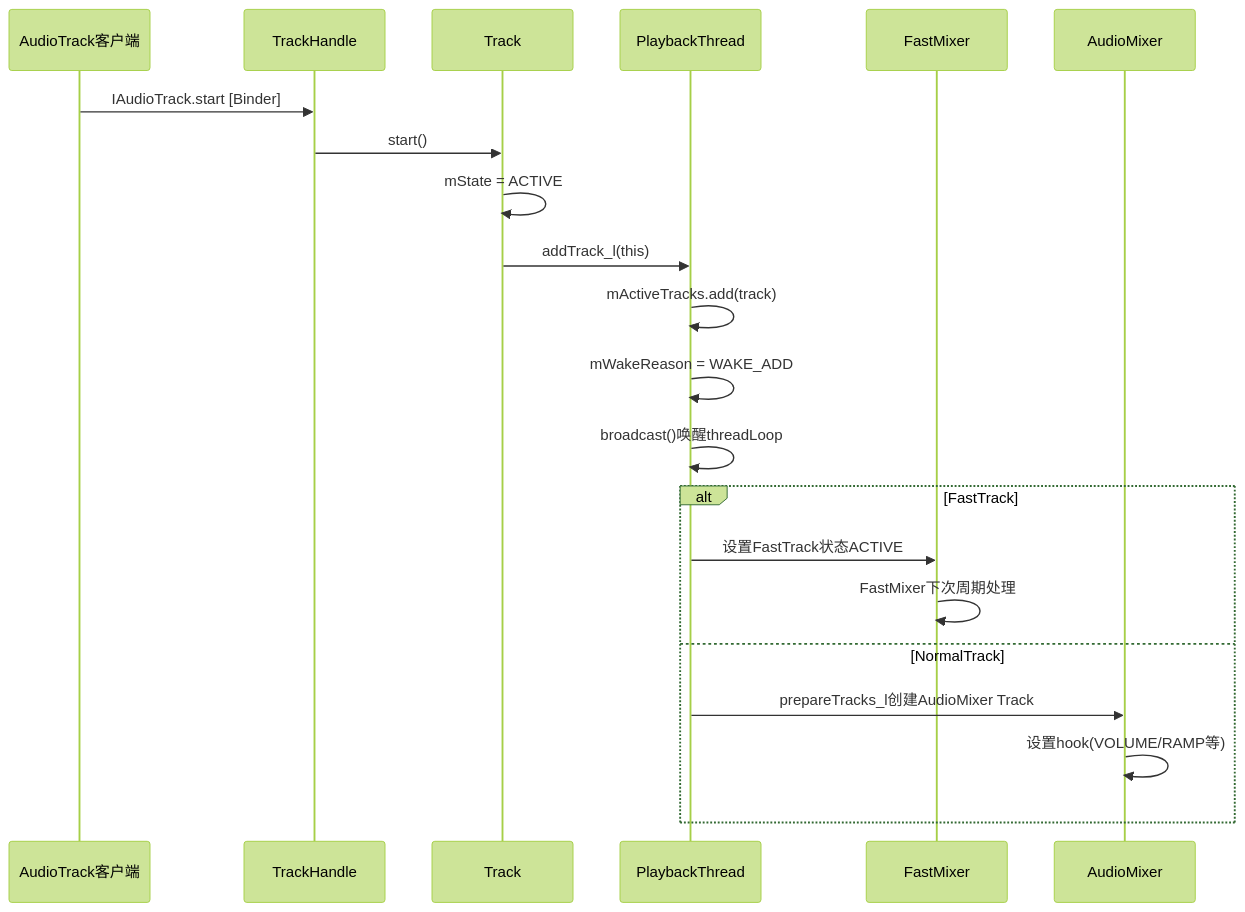
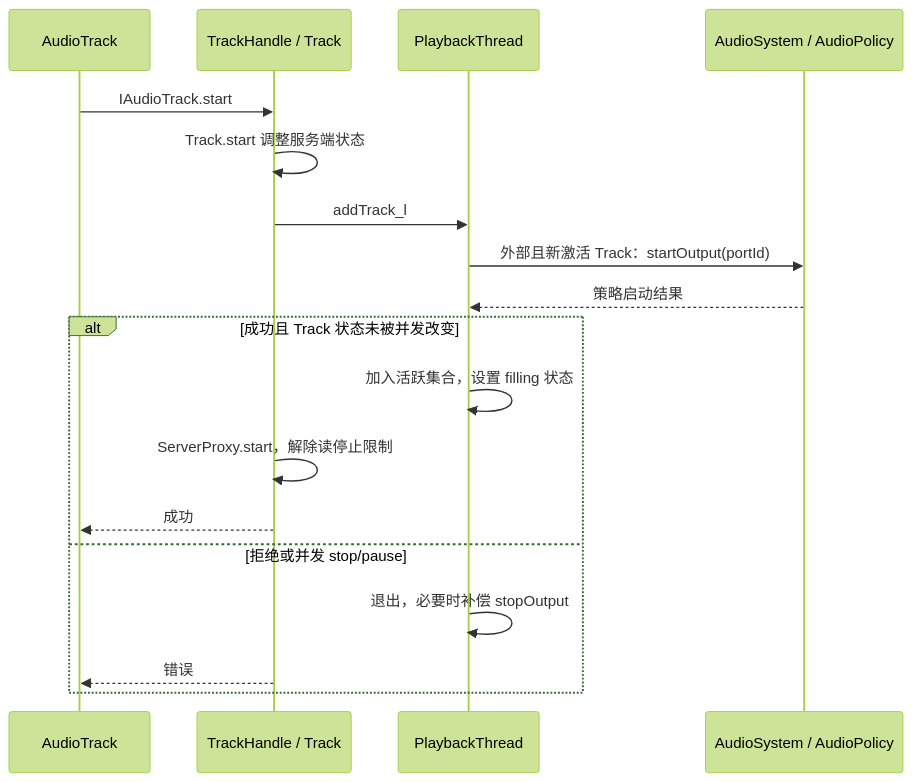
One commit to yanglinzhen1022/SA8295_AAOS_QNX_Audio_KnowledgeBase changed the second of 3 diagrams in 05_AudioFlinger/05_5.9_音乐播放全栈调用链.md. Above: the diagram before and after it, drawn with Mermaid (forest theme). The commit also changed other lines of this file and 11 other files, not shown here.

````diff
--- a/05_AudioFlinger/05_5.9_音乐播放全栈调用链.md
+++ b/05_AudioFlinger/05_5.9_音乐播放全栈调用链.md
@@ -486,25 +78,20 @@
 ```mermaid
 sequenceDiagram
-    participant AT as AudioTrack客户端
-    participant TH as TrackHandle
-    participant T as Track
+    participant AT as AudioTrack
+    participant TH as TrackHandle / Track
     participant PT as PlaybackThread
-    participant FM as FastMixer
-    participant AM as AudioMixer
-
-    AT->>TH: IAudioTrack.start [Binder]
-    TH->>T: start()
-    T->>T: mState = ACTIVE
-    T->>PT: addTrack_l(this)
-    PT->>PT: mActiveTracks.add(track)
-    PT->>PT: mWakeReason = WAKE_ADD
-    PT->>PT: broadcast()唤醒threadLoop
-
-    alt FastTrack
-        PT->>FM: 设置FastTrack状态ACTIVE
-        FM->>FM: FastMixer下次周期处理
-    else NormalTrack
-        PT->>AM: prepareTracks_l创建AudioMixer Track
-        AM->>AM: 设置hook(VOLUME/RAMP等)
+    participant AP as AudioSystem / AudioPolicy
+    AT->>TH: IAudioTrack.start
+    TH->>TH: Track.start 调整服务端状态
+    TH->>PT: addTrack_l
+    PT->>AP: 外部且新激活 Track：startOutput(portId)
+    AP-->>PT: 策略启动结果
+    alt 成功且 Track 状态未被并发改变
+        PT->>PT: 加入活跃集合，设置 filling 状态
+        TH->>TH: ServerProxy.start，解除读停止限制
+        TH-->>AT: 成功
+    else 拒绝或并发 stop/pause
+        PT->>PT: 退出，必要时补偿 stopOutput
+        TH-->>AT: 错误
     end
 ```
````
